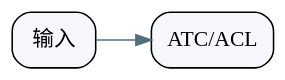
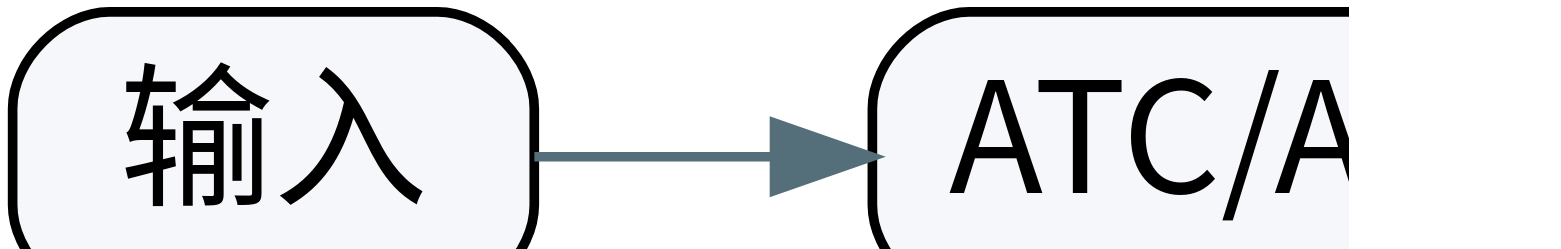
The third of 3 diagrams in .dsh/skills/ascend310b-writing-dot/SKILL.md (zhouxzh/Ascend310), drawn with Graphviz before and after one commit. The commit also changed other lines of this file and 49 other files, not shown here.

````diff
--- a/.dsh/skills/ascend310b-writing-dot/SKILL.md
+++ b/.dsh/skills/ascend310b-writing-dot/SKILL.md
@@ -109,11 +111,11 @@
 ```dot
 digraph workflow {
   rankdir=LR;
-  graph [fontname="Noto Sans CJK SC", bgcolor="transparent"];
-  node [shape=box, style="rounded,filled", fillcolor="#f5f7fa"];
-  edge [color="#546e7a"];
+  graph [fontname="Noto Sans CJK SC", fontsize=16, size="7.2,4.2", ratio="compress", dpi=180, pad="0.08", nodesep="0.28", ranksep="0.48", bgcolor="transparent"];
+  node [fontname="Noto Sans CJK SC", fontsize=16, margin="0.10,0.06", height="0.42", shape=box, style="rounded,filled", fillcolor="#f5f7fa"];
+  edge [fontname="Noto Sans CJK SC", fontsize=13, color="#546e7a"];
   start [label="输入"];
   process [label="ATC/ACL"];
   start -> process;
 }
 ```
````
